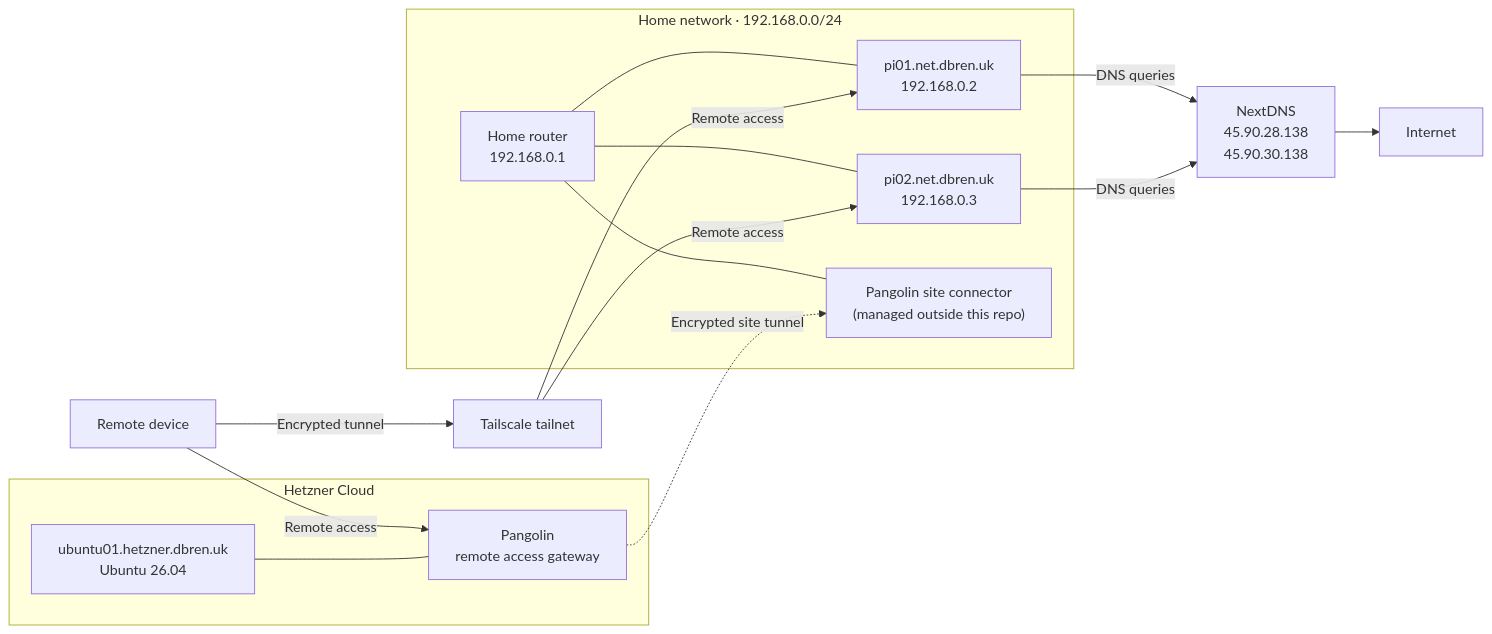
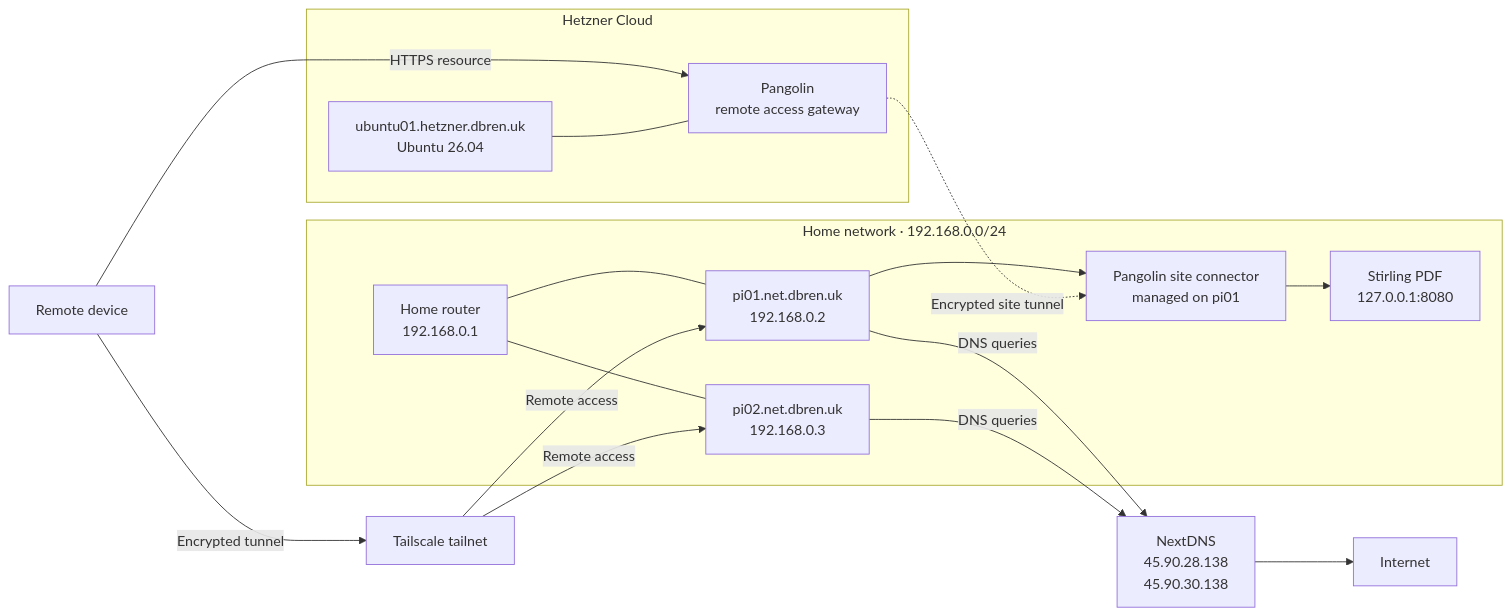
The diagram in docs/architecture.md (dbrennand/home-ops), drawn with Mermaid before and after one commit. The commit also changed other lines of this file and 13 other files, not shown here.

Commit message:
feat(pangolin): route Stirling PDF through Pangolin

````diff
--- a/docs/architecture.md
+++ b/docs/architecture.md
@@ -6,30 +6,32 @@
 ```mermaid
 flowchart LR
     remote["Remote device"] -->|Encrypted tunnel| tailscale["Tailscale tailnet"]
-    remote -->|Remote access| pangolin
+    remote -->|HTTPS resource| pangolin
 
     subgraph cloud["Hetzner Cloud"]
         vps["ubuntu01.hetzner.dbren.uk<br/>Ubuntu 26.04"]
         pangolin["Pangolin<br/>remote access gateway"]
         vps --- pangolin
     end
 
     subgraph home["Home network · 192.168.0.0/24"]
         router["Home router<br/>192.168.0.1"]
         pi01["pi01.net.dbren.uk<br/>192.168.0.2"]
         pi02["pi02.net.dbren.uk<br/>192.168.0.3"]
-        site["Pangolin site connector<br/>(managed outside this repo)"]
+        site["Pangolin site connector<br/>managed on pi01"]
+        stirling["Stirling PDF<br/>127.0.0.1:8080"]
 
         router --- pi01
         router --- pi02
-        router --- site
+        pi01 --> site
+        site --> stirling
     end
 
     pi01 -->|DNS queries| nextdns["NextDNS<br/>45.90.28.138<br/>45.90.30.138"]
     pi02 -->|DNS queries| nextdns
     nextdns --> internet["Internet"]
 
     tailscale -->|Remote access| pi01
     tailscale -->|Remote access| pi02
     pangolin -.->|Encrypted site tunnel| site
 ```
````
